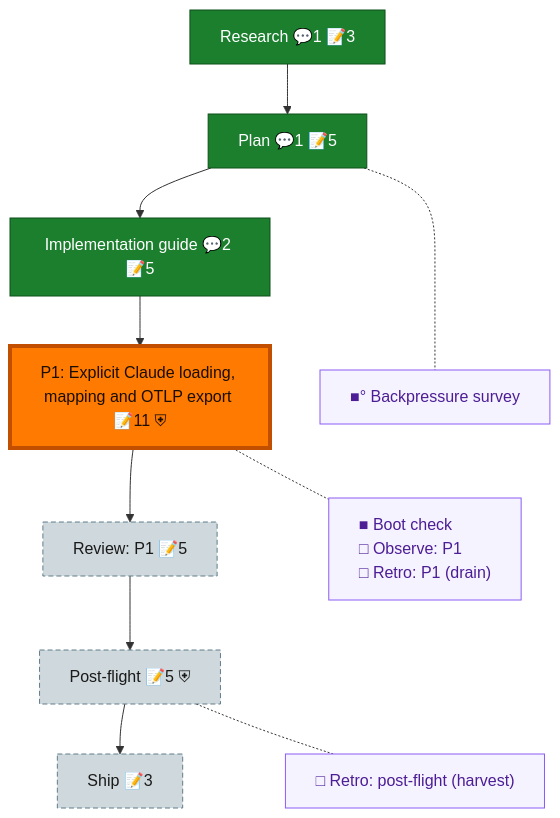
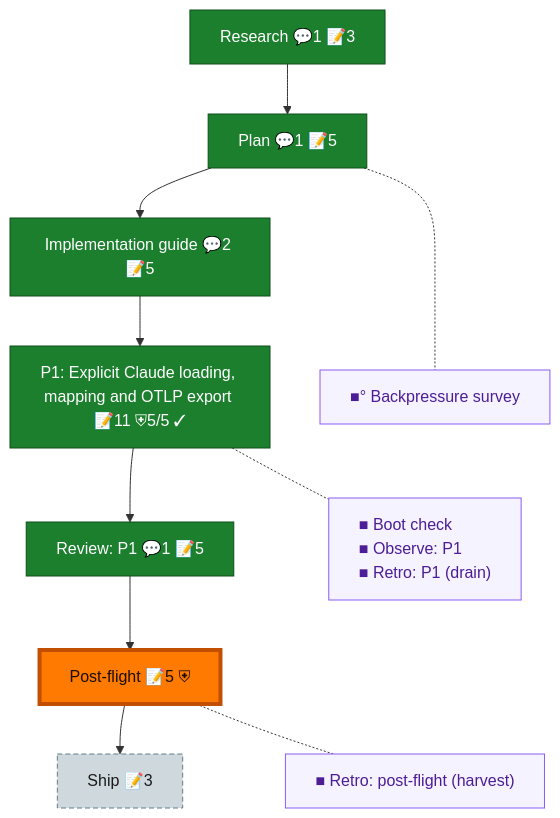
One commit to AI-Substrate/Unisphere changed the diagram in docs/plans/005-claude-session-pipeline/the-flow.md. Above: the diagram before and after it, drawn with Mermaid. The commit also changed other lines of this file and 36 other files, not shown here.

````diff
--- a/docs/plans/005-claude-session-pipeline/the-flow.md
+++ b/docs/plans/005-claude-session-pipeline/the-flow.md
@@ -8,31 +8,31 @@
 ```mermaid
 flowchart TD
     research["Research 💬1 📝3"]:::done
     plan["Plan 💬1 📝5"]:::done
     impl_guide["Implementation guide 💬2 📝5"]:::done
-    phase_1["P1: Explicit Claude loading, mapping and OTLP export 📝11 ⛨"]:::wip
-    review_1["Review: P1 📝5"]:::assumed
-    post_flight["Post-flight 📝5 ⛨"]:::assumed
+    phase_1["P1: Explicit Claude loading, mapping and OTLP export 📝11 ⛨5/5 ✓"]:::done
+    review_1["Review: P1 💬1 📝5"]:::done
+    post_flight["Post-flight 📝5 ⛨"]:::wip
     ship["Ship 📝3"]:::assumed
 
     research --> plan --> impl_guide --> phase_1 --> review_1 --> post_flight --> ship
 
     planC["■° Backpressure survey"]:::chore
-    phase_1C["■ Boot check<br/>□ Observe: P1<br/>□ Retro: P1 (drain)"]:::chore
-    post_flightC["□ Retro: post-flight (harvest)"]:::chore
+    phase_1C["■ Boot check<br/>■ Observe: P1<br/>■ Retro: P1 (drain)"]:::chore
+    post_flightC["■ Retro: post-flight (harvest)"]:::chore
 
     %% invisible chain holds the gutter boxes in their own column
     planC ~~~ phase_1C ~~~ post_flightC
 
     %% dotted links pull each gutter box beside its node
     plan -.- planC
     phase_1 -.- phase_1C
     post_flight -.- post_flightC
 
     classDef done fill:#1B7F2E,stroke:#0F4F1B,color:#fff;
     classDef wip fill:#43C04A,stroke:#1B7F2E,color:#04210A;
     classDef assumed fill:#CFD8DC,stroke:#607D8B,color:#1a1a1a,stroke-dasharray:5 3;
     classDef chore fill:#f5f3ff,stroke:#8b5cf6,color:#4c1d95,text-align:left;
     classDef current fill:#FF7A00,stroke:#C24E00,color:#1a0e00,stroke-width:4px;
-    class phase_1 current;
+    class post_flight current;
 ```
````
